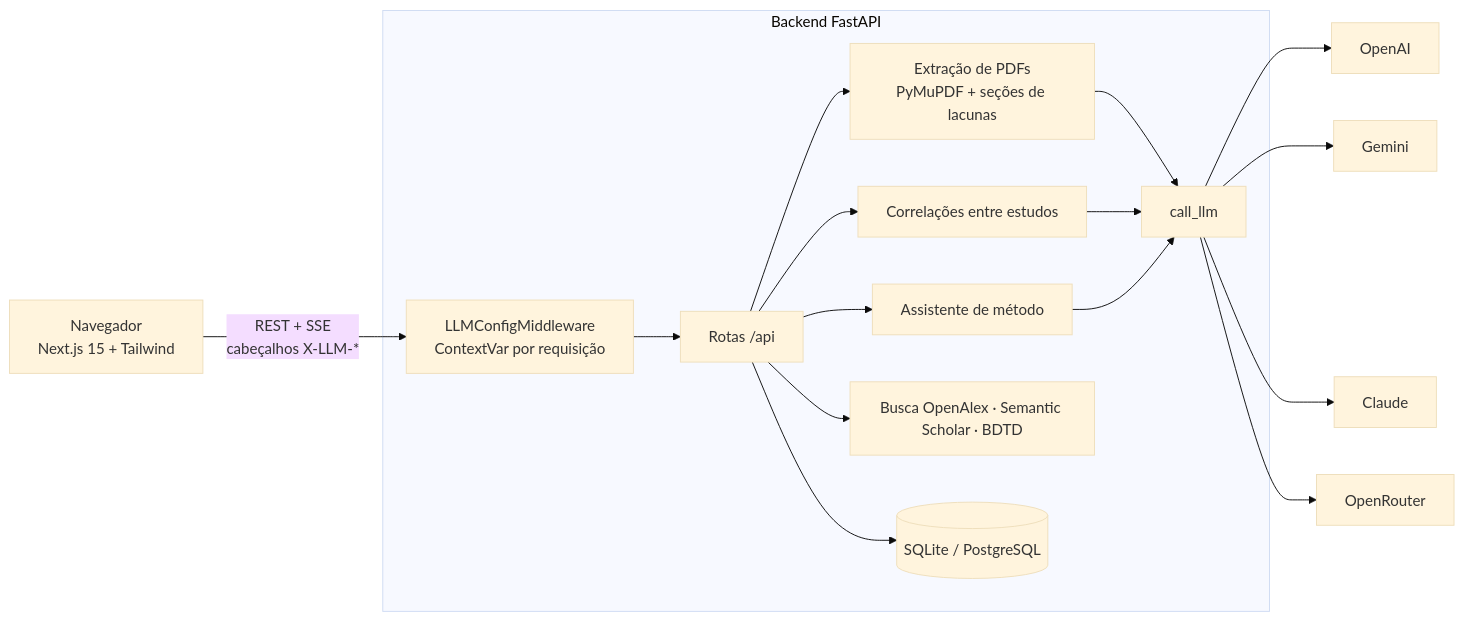
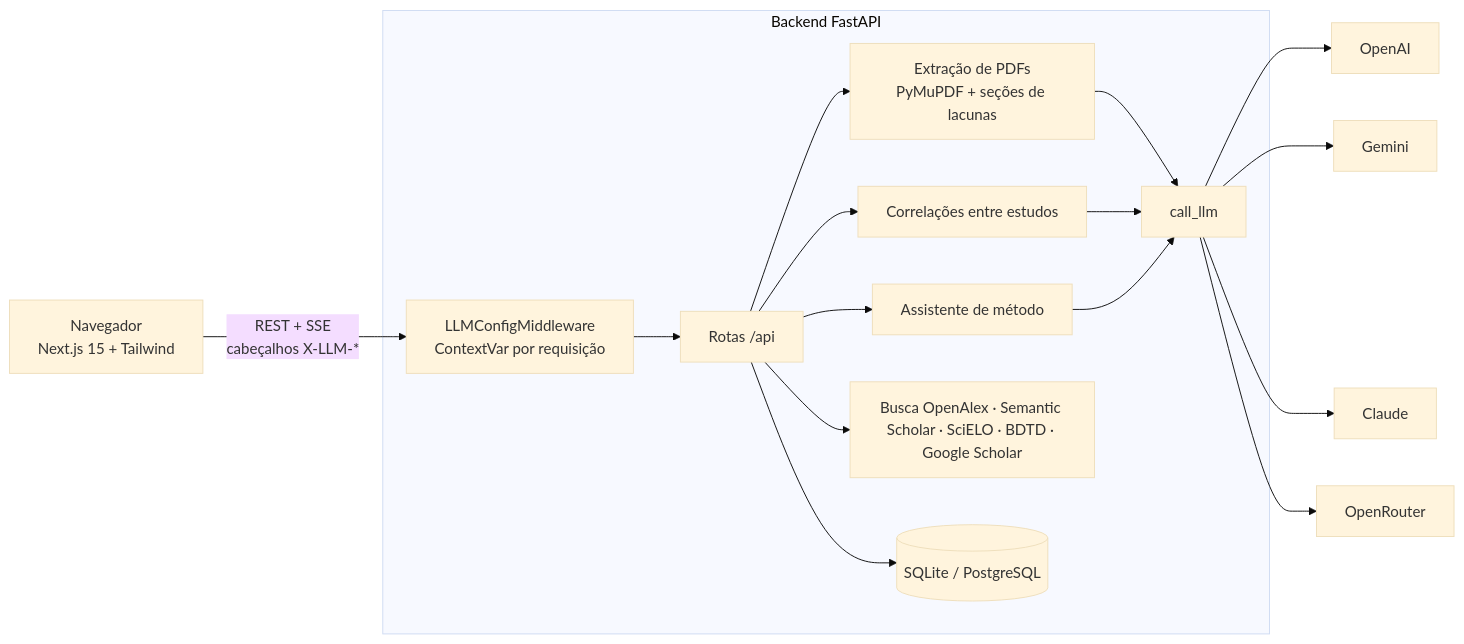
The diagram in README.md (ycarogb/EstudAI), drawn with Mermaid (base theme) before and after one commit. The commit also changed other lines of this file and 11 other files, not shown here.

First line of the commit message:
Adiciona busca na SciELO e no Google Scholar

````diff
--- a/README.md
+++ b/README.md
@@ -99,21 +99,21 @@
 ```mermaid
 flowchart LR
     U["Navegador<br/>Next.js 15 + Tailwind"] -->|"REST + SSE<br/>cabeçalhos X-LLM-*"| MW
 
     subgraph API["Backend FastAPI"]
         MW["LLMConfigMiddleware<br/>ContextVar por requisição"] --> R["Rotas /api"]
         R --> PDF["Extração de PDFs<br/>PyMuPDF + seções de lacunas"]
         R --> COR["Correlações entre estudos"]
         R --> CHAT["Assistente de método"]
-        R --> SRCH["Busca OpenAlex · Semantic Scholar · BDTD"]
+        R --> SRCH["Busca OpenAlex · Semantic Scholar · SciELO · BDTD · Google Scholar"]
         PDF --> LLM["call_llm"]
         COR --> LLM
         CHAT --> LLM
         R --> DB[("SQLite / PostgreSQL")]
     end
 
     LLM --> OAI["OpenAI"]
     LLM --> GEM["Gemini"]
     LLM --> ANT["Claude"]
     LLM --> ORT["OpenRouter"]
 ```
````
